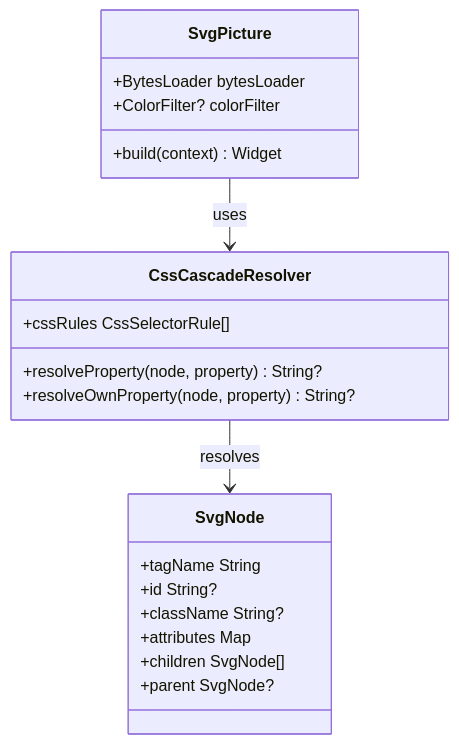
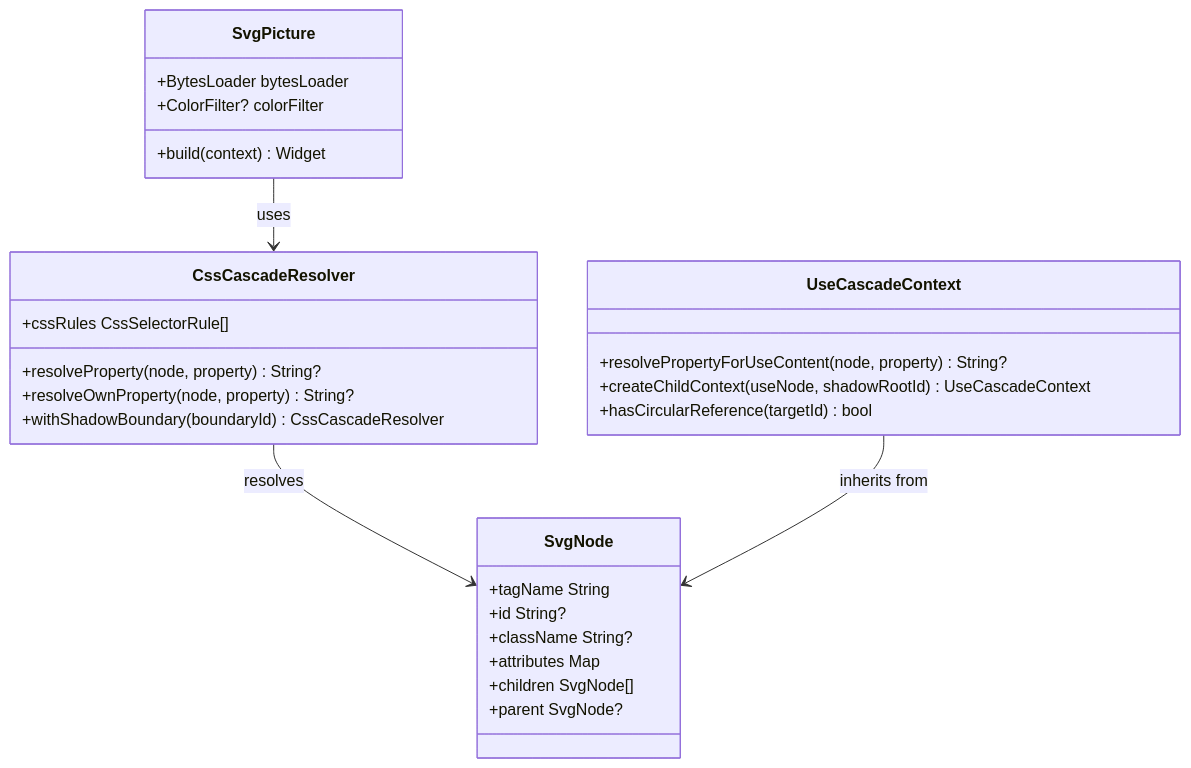
One commit to denisnadey/flutter_full_svg_support changed the seventh of 7 diagrams in .qoder/repowiki/en/content/Animated SVG Support/Advanced Animation Features/Enhanced CSS Variables and Calculations/CSS Cascade System.md. Above: the diagram before and after it, drawn with Mermaid. The commit also changed other lines of this file and 40 other files, not shown here.

````diff
--- a/.qoder/repowiki/en/content/Animated SVG Support/Advanced Animation Features/Enhanced CSS Variables and Calculations/CSS Cascade System.md
+++ b/.qoder/repowiki/en/content/Animated SVG Support/Advanced Animation Features/Enhanced CSS Variables and Calculations/CSS Cascade System.md
@@ -348,23 +410,30 @@
 ```mermaid
 classDiagram
 class SvgPicture {
 +BytesLoader bytesLoader
 +ColorFilter? colorFilter
 +build(context) Widget
 }
 class CssCascadeResolver {
 +resolveProperty(node, property) String?
 +resolveOwnProperty(node, property) String?
 +cssRules CssSelectorRule[]
++withShadowBoundary(boundaryId) CssCascadeResolver
+}
+class UseCascadeContext {
++resolvePropertyForUseContent(node, property) String?
++createChildContext(useNode, shadowRootId) UseCascadeContext
++hasCircularReference(targetId) bool
 }
 class SvgNode {
 +tagName String
 +id String?
 +className String?
 +attributes Map
 +children SvgNode[]
 +parent SvgNode?
 }
 SvgPicture --> CssCascadeResolver : uses
 CssCascadeResolver --> SvgNode : resolves
+UseCascadeContext --> SvgNode : inherits from
 ```
````
